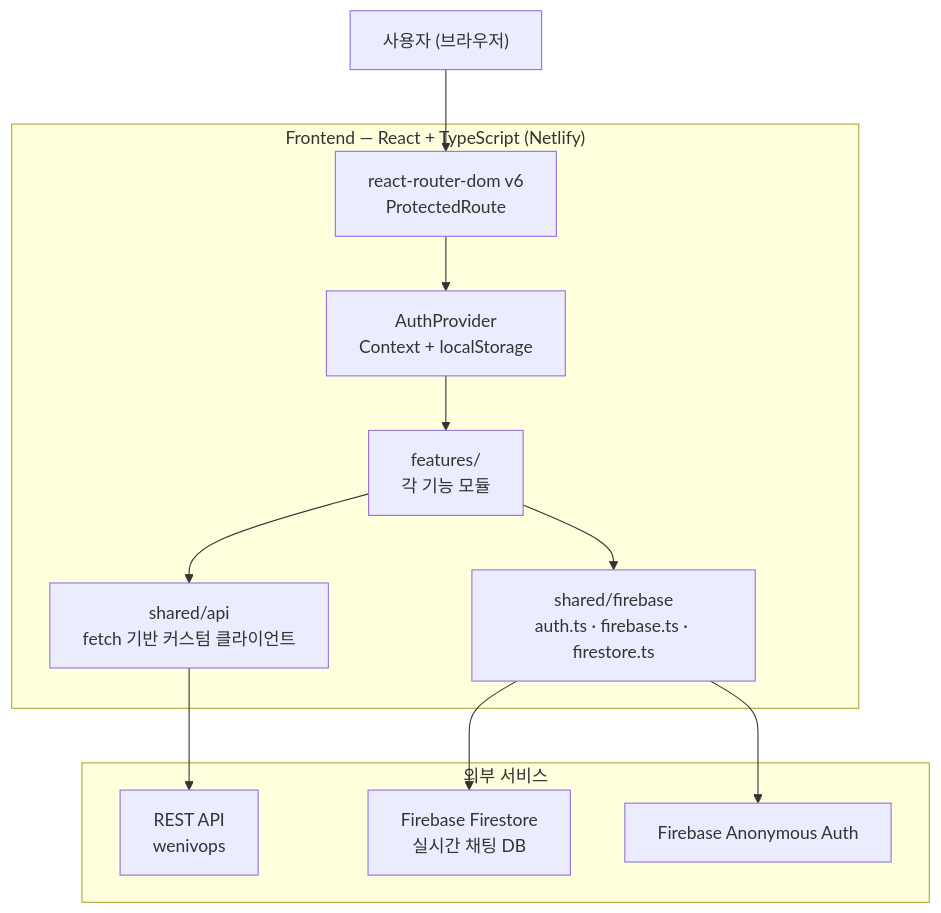
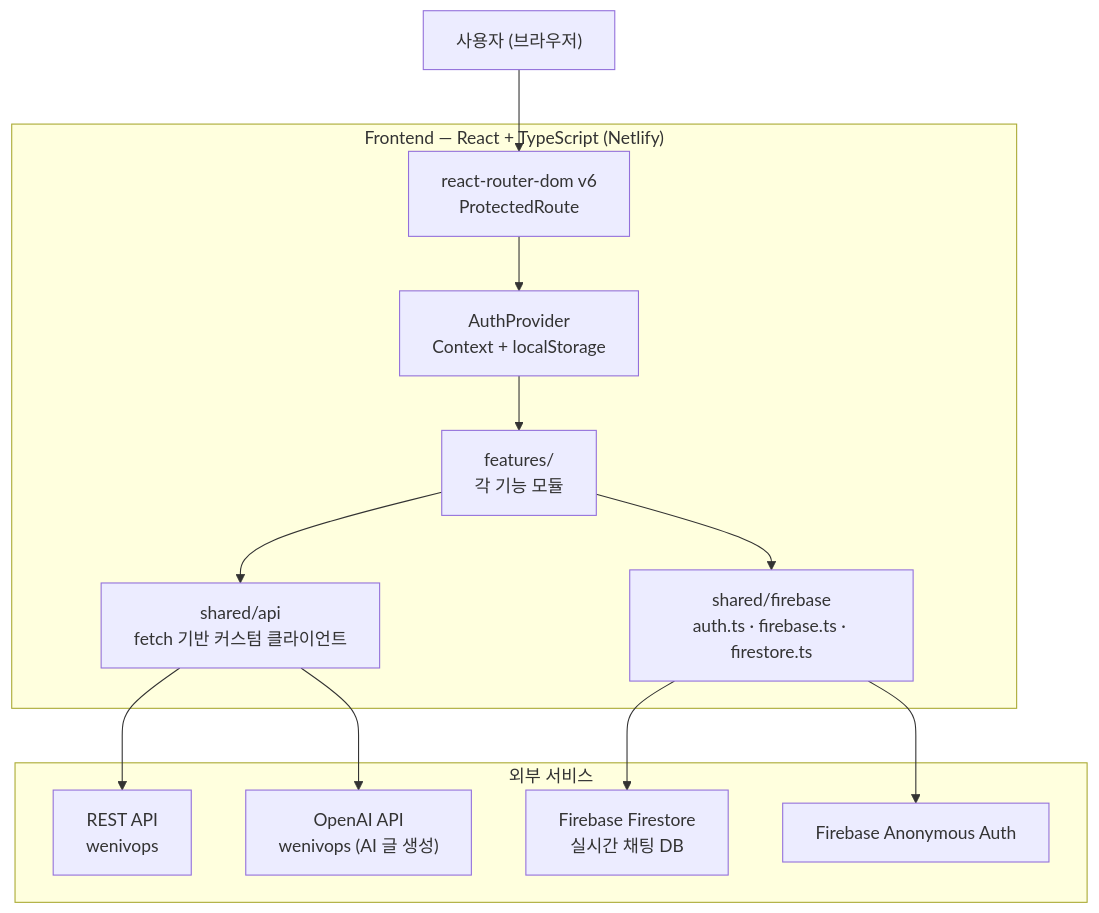
Before and after one commit to OrangeSNS/gamgyul-market: the second of 5 diagrams in README.md, drawn with Mermaid. The commit also changed other lines of this file, not shown here.

Commit message:
docs : 환경변수 설정 부분에 ai api url 추가, 아키텍처 다이어그램 수정
아키텍처 다이어그램 — 외부 서비스에 OpenAI API
  (wenivops) 노드 추가 + SharedAPI → AI 연결선 추가

````diff
--- a/README.md
+++ b/README.md
@@ -341,27 +341,29 @@
 ```mermaid
 graph TD
     User["사용자 (브라우저)"]
 
     subgraph FE["Frontend — React + TypeScript (Netlify)"]
         Router["react-router-dom v6<br/>ProtectedRoute"]
         Auth["AuthProvider<br/>Context + localStorage"]
         Features["features/<br/>각 기능 모듈"]
         SharedAPI["shared/api<br/>fetch 기반 커스텀 클라이언트"]
         SharedFB["shared/firebase<br/>auth.ts · firebase.ts · firestore.ts"]
     end
 
     subgraph External["외부 서비스"]
         REST["REST API<br/>wenivops"]
+        AI["OpenAI API<br/>wenivops (AI 글 생성)"]
         FS["Firebase Firestore<br/>실시간 채팅 DB"]
         FAAuth["Firebase Anonymous Auth"]
     end
 
     User --> Router
     Router --> Auth
     Auth --> Features
     Features --> SharedAPI
     Features --> SharedFB
     SharedAPI --> REST
+    SharedAPI --> AI
     SharedFB --> FS
     SharedFB --> FAAuth
 ```
````
